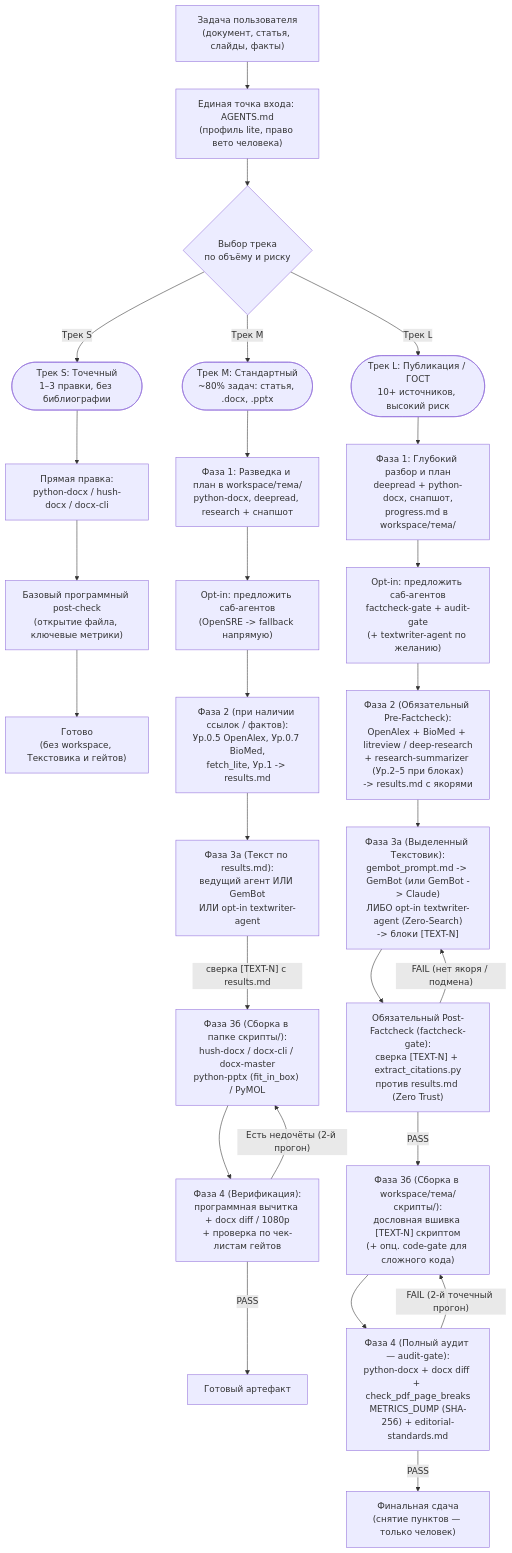
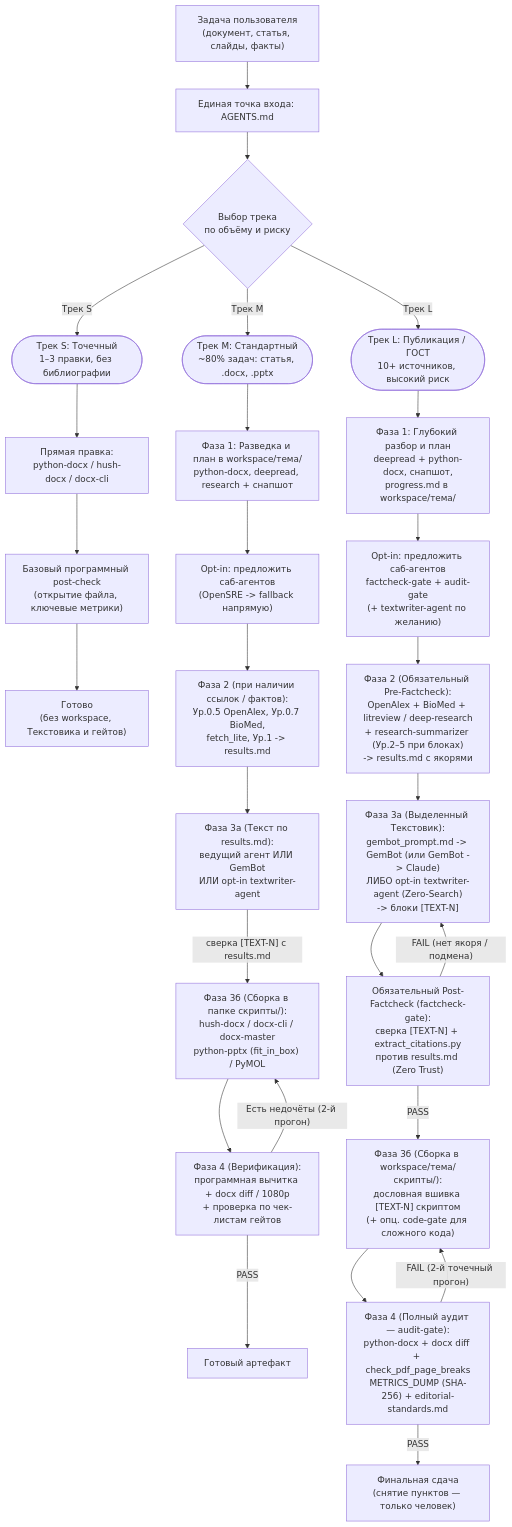
Before and after one commit to DrHush47/SplitAndMerge: the diagram in README.md, drawn with Mermaid.

Commit message:
sync: 27.11.2026 20:10 — README: убрать подпись про lite и право вето из узла Entry на схеме

````diff
--- a/README.md
+++ b/README.md
@@ -192,33 +192,33 @@
 ```mermaid
 flowchart TD
-    Task["Задача пользователя<br/>(документ, статья, слайды, факты)"] --> Entry["Единая точка входа: AGENTS.md<br/>(профиль lite, право вето человека)"]
+    Task["Задача пользователя<br/>(документ, статья, слайды, факты)"] --> Entry["Единая точка входа: AGENTS.md"]
     Entry --> Track{"Выбор трека<br/>по объёму и риску"}
 
     Track -->|"Трек S"| S0(["Трек S: Точечный<br/>1–3 правки, без библиографии"])
     Track -->|"Трек M"| M0(["Трек M: Стандартный<br/>~80% задач: статья, .docx, .pptx"])
     Track -->|"Трек L"| L0(["Трек L: Публикация / ГОСТ<br/>10+ источников, высокий риск"])
 
     S0 --> S1["Прямая правка:<br/>python-docx / hush-docx / docx-cli"]
     S1 --> S2["Базовый программный post-check<br/>(открытие файла, ключевые метрики)"]
     S2 --> S3["Готово<br/>(без workspace, Текстовика и гейтов)"]
 
     M0 --> M1["Фаза 1: Разведка и план в workspace/тема/<br/>python-docx, deepread, research + снапшот"]
     M1 --> M2["Opt-in: предложить саб-агентов<br/>(OpenSRE -> fallback напрямую)"]
     M2 --> M3["Фаза 2 (при наличии ссылок / фактов):<br/>Ур.0.5 OpenAlex, Ур.0.7 BioMed,<br/>fetch_lite, Ур.1 -> results.md"]
     M3 --> M4["Фаза 3а (Текст по results.md):<br/>ведущий агент ИЛИ GemBot<br/>ИЛИ opt-in textwriter-agent"]
     M4 -->|"сверка [TEXT-N] с results.md"| M5["Фаза 3б (Сборка в папке скрипты/):<br/>hush-docx / docx-cli / docx-master<br/>python-pptx (fit_in_box) / PyMOL"]
     M5 --> M6["Фаза 4 (Верификация):<br/>программная вычитка + docx diff / 1080p<br/>+ проверка по чек-листам гейтов"]
     M6 -->|"Есть недочёты (2-й прогон)"| M5
     M6 -->|"PASS"| M7["Готовый артефакт"]
 
     L0 --> L1["Фаза 1: Глубокий разбор и план<br/>deepread + python-docx, снапшот,<br/>progress.md в workspace/тема/"]
     L1 --> L2["Opt-in: предложить саб-агентов<br/>factcheck-gate + audit-gate<br/>(+ textwriter-agent по желанию)"]
     L2 --> L3["Фаза 2 (Обязательный Pre-Factcheck):<br/>OpenAlex + BioMed + litreview / deep-research<br/>+ research-summarizer (Ур.2–5 при блоках)<br/>-> results.md с якорями"]
     L3 --> L4["Фаза 3а (Выделенный Текстовик):<br/>gembot_prompt.md -> GemBot (или GemBot -> Claude)<br/>ЛИБО opt-in textwriter-agent (Zero-Search)<br/>-> блоки [TEXT-N]"]
     L4 --> L5["Обязательный Post-Factcheck (factcheck-gate):<br/>сверка [TEXT-N] + extract_citations.py<br/>против results.md (Zero Trust)"]
     L5 -->|"FAIL (нет якоря / подмена)"| L4
     L5 -->|"PASS"| L6["Фаза 3б (Сборка в workspace/тема/скрипты/):<br/>дословная вшивка [TEXT-N] скриптом<br/>(+ опц. code-gate для сложного кода)"]
     L6 --> L7["Фаза 4 (Полный аудит — audit-gate):<br/>python-docx + docx diff + check_pdf_page_breaks<br/>METRICS_DUMP (SHA-256) + editorial-standards.md"]
     L7 -->|"FAIL (2-й точечный прогон)"| L6
     L7 -->|"PASS"| L8["Финальная сдача<br/>(снятие пунктов — только человек)"]
 ```
````
